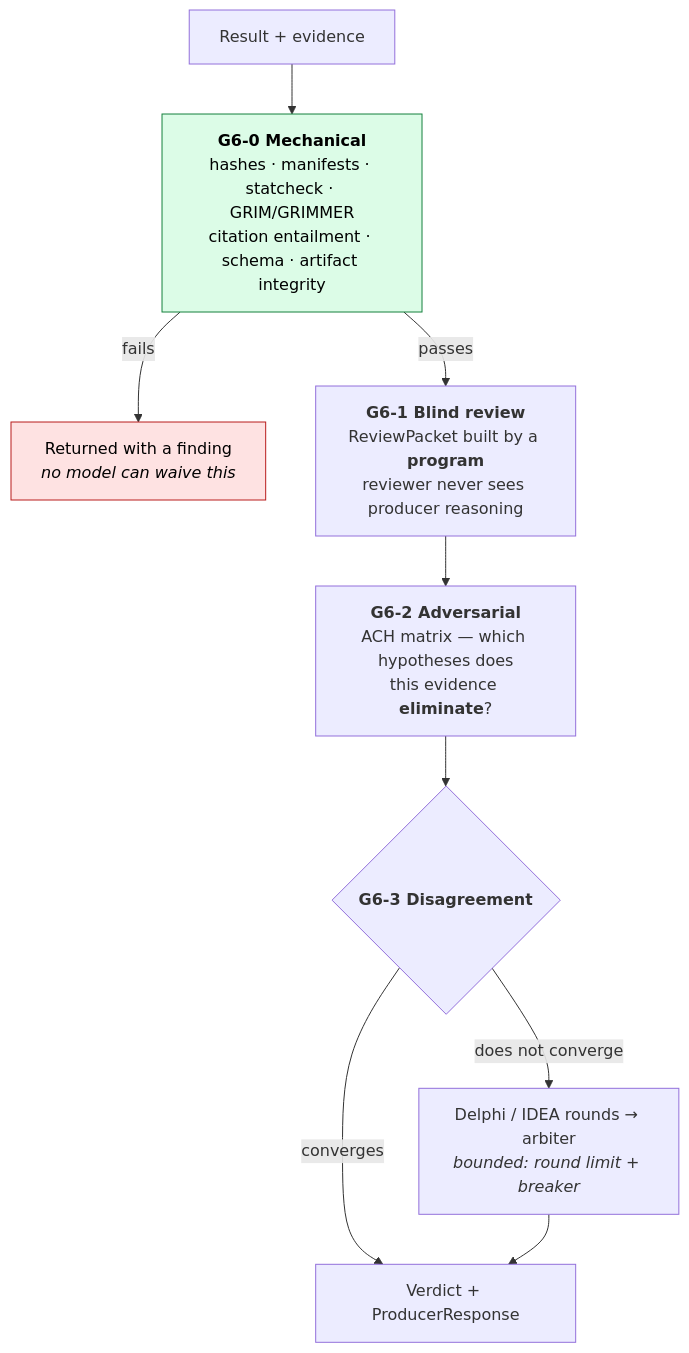
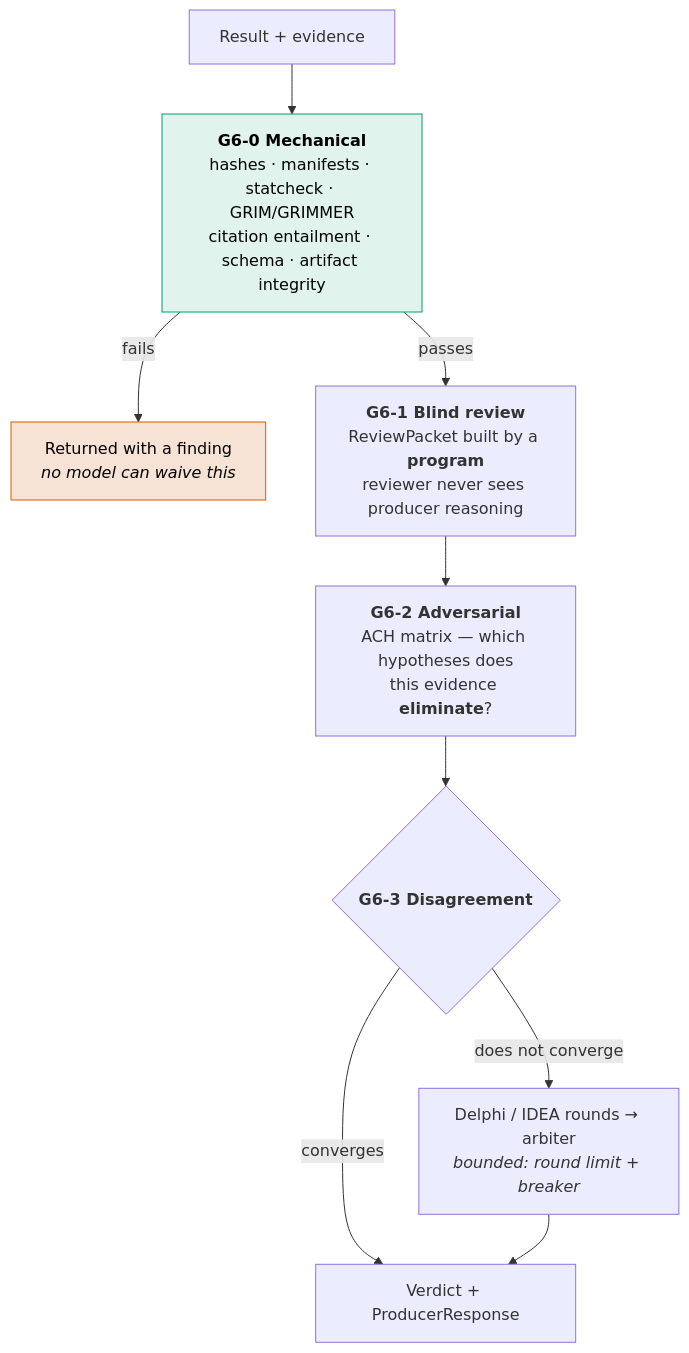
Diagram 11 of 22 in docs/architecture/AIRL_OS_ARCHITECTURE.md (furkanhanilci/AETHRION), drawn with Mermaid before and after one commit. The commit also changed other lines of this file and 32 other files, not shown here.

````diff
--- a/docs/architecture/AIRL_OS_ARCHITECTURE.md
+++ b/docs/architecture/AIRL_OS_ARCHITECTURE.md
@@ -328,14 +371,14 @@
 ```mermaid
 flowchart TD
     IN["Result + evidence"] --> M["<b>G6-0 Mechanical</b><br/>hashes · manifests · statcheck · GRIM/GRIMMER<br/>citation entailment · schema · artifact integrity"]
     M -->|"fails"| BACK["Returned with a finding<br/><i>no model can waive this</i>"]
     M -->|"passes"| B["<b>G6-1 Blind review</b><br/>ReviewPacket built by a <b>program</b><br/>reviewer never sees producer reasoning"]
     B --> A["<b>G6-2 Adversarial</b><br/>ACH matrix — which hypotheses does<br/>this evidence <b>eliminate</b>?"]
     A --> D{"<b>G6-3 Disagreement</b>"}
     D -->|"converges"| OUT["Verdict + ProducerResponse"]
     D -->|"does not converge"| AR["Delphi / IDEA rounds → arbiter<br/><i>bounded: round limit + breaker</i>"]
     AR --> OUT
 
-    style M fill:#dcfce7,stroke:#15803d,color:#000
-    style BACK fill:#fee2e2,stroke:#b91c1c,color:#000
+    style M fill:#E0F3EC,stroke:#009E73,color:#000
+    style BACK fill:#F7E2D6,stroke:#D55E00,color:#000
 ```
````
